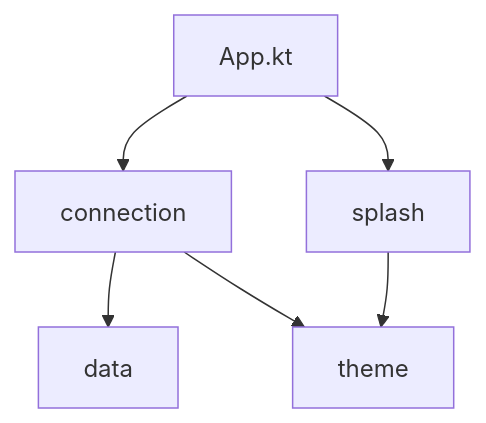
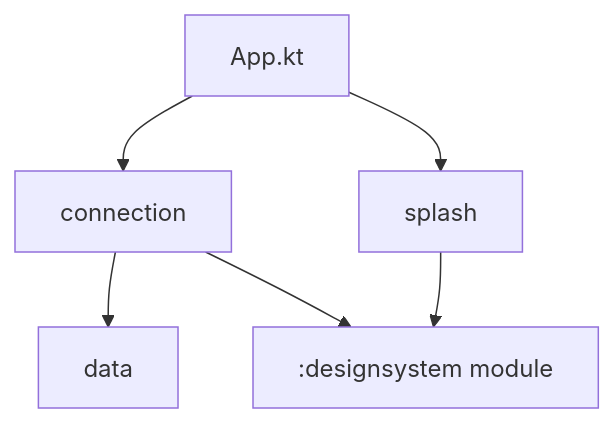
The diagram in docs/adr/ADR-1-feature-packages-and-file-layout.md (allco/transmission-client), drawn with Mermaid before and after one commit. The commit also changed other lines of this file and 7 other files, not shown here.

First line of the commit message:
Use the design system in the connection and splash screens

````diff
--- a/docs/adr/ADR-1-feature-packages-and-file-layout.md
+++ b/docs/adr/ADR-1-feature-packages-and-file-layout.md
@@ -56,8 +56,8 @@
 ```mermaid
 flowchart TD
     App[App.kt] --> connection
     App --> splash
     connection --> data
-    connection --> theme
-    splash --> theme
+    connection --> designsystem[":designsystem module"]
+    splash --> designsystem
 ```
````
